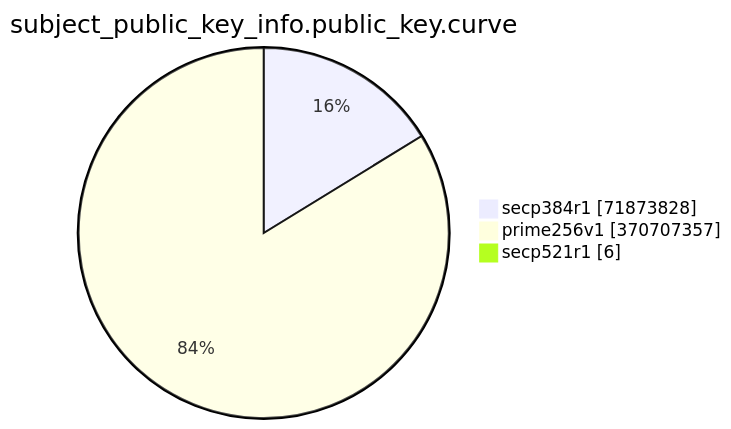
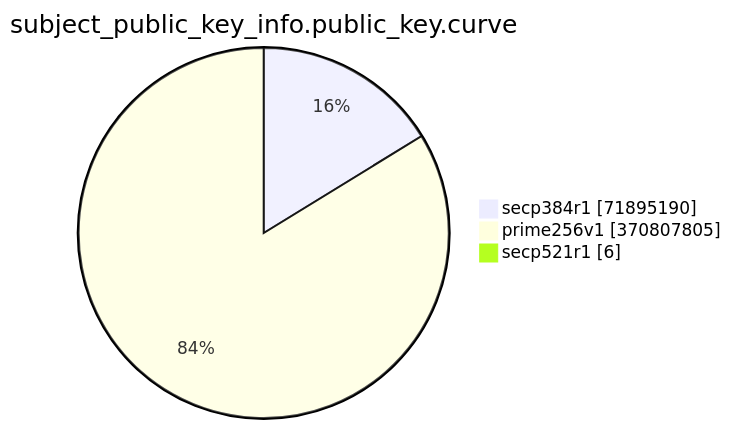
One commit to christiankrug/ctmonitor_visualization changed the eighth of 15 diagrams in TOTAL/README.md. Above: the diagram before and after it, drawn with Mermaid. The commit also changed other lines of this file, not shown here.

````diff
--- a/TOTAL/README.md
+++ b/TOTAL/README.md
@@ -3092,7 +3092,7 @@
 ```mermaid
 pie showData
 title subject_public_key_info.public_key.curve
-"secp384r1" :71873828
-"prime256v1" :370707357
+"secp384r1" :71895190
+"prime256v1" :370807805
 "secp521r1" :6
 ```
````
